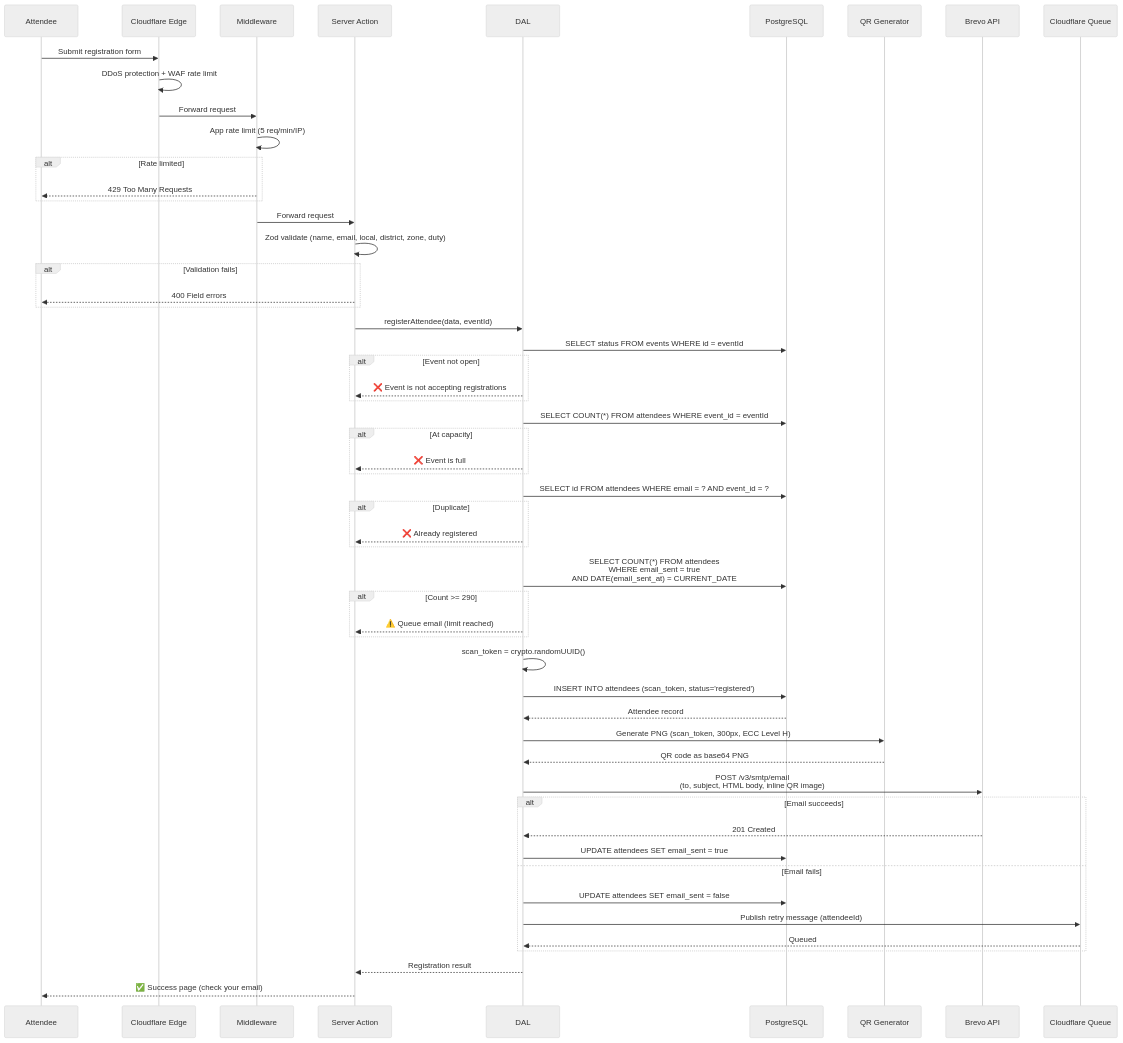
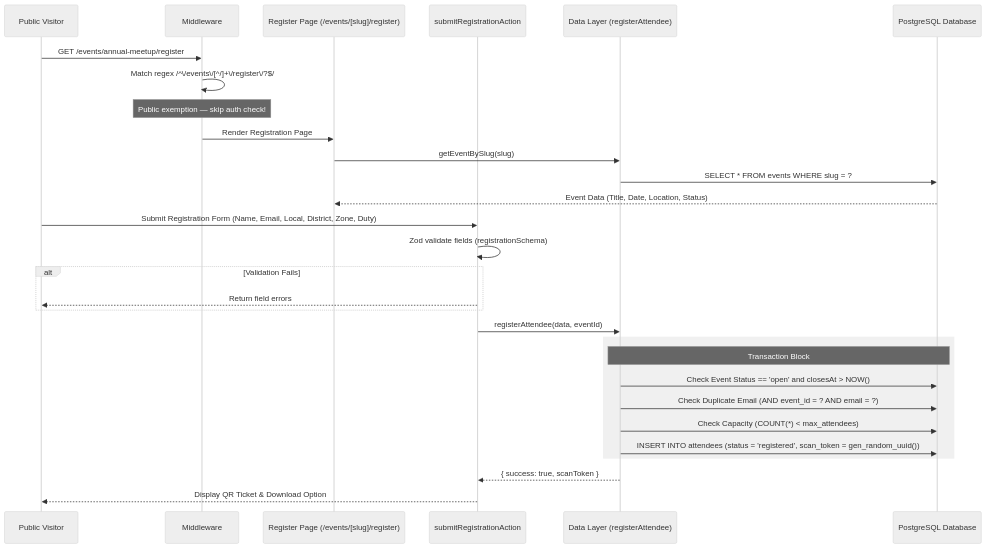
Before and after one commit to christian1202/FlowCheck: the first of 2 diagrams in docs/data-flows.md, drawn with Mermaid (neutral theme). The commit also changed other lines of this file and 15 other files, not shown here.

````diff
--- a/docs/data-flows.md
+++ b/docs/data-flows.md
@@ -98,68 +11,37 @@
 ```mermaid
 sequenceDiagram
-    participant Attendee
-    participant CF as Cloudflare Edge
+    participant PublicUser as Public Visitor
     participant MW as Middleware
-    participant SA as Server Action
-    participant DAL
-    participant DB as PostgreSQL
-    participant QR as QR Generator
-    participant Brevo as Brevo API
-    participant Queue as Cloudflare Queue
+    participant Page as Register Page (/events/[slug]/register)
+    participant Action as submitRegistrationAction
+    participant Data as Data Layer (registerAttendee)
+    participant DB as PostgreSQL Database
 
-    Attendee->>CF: Submit registration form
-    CF->>CF: DDoS protection + WAF rate limit
-    CF->>MW: Forward request
-    MW->>MW: App rate limit (5 req/min/IP)
-    alt Rate limited
-        MW-->>Attendee: 429 Too Many Requests
+    PublicUser->>MW: GET /events/annual-meetup/register
+    MW->>MW: Match regex /^\/events\/[^/]+\/register\/?$/
+    Note over MW: Public exemption — skip auth check!
+    MW->>Page: Render Registration Page
+    Page->>Data: getEventBySlug(slug)
+    Data->>DB: SELECT * FROM events WHERE slug = ?
+    DB-->>Page: Event Data (Title, Date, Location, Status)
+
+    PublicUser->>Action: Submit Registration Form (Name, Email, Local, District, Zone, Duty)
+    Action->>Action: Zod validate fields (registrationSchema)
+
+    alt Validation Fails
+        Action-->>PublicUser: Return field errors
     end
 
-    MW->>SA: Forward request
-    SA->>SA: Zod validate (name, email, local, district, zone, duty)
-    alt Validation fails
-        SA-->>Attendee: 400 Field errors
+    Action->>Data: registerAttendee(data, eventId)
+    
+    rect rgb(240, 240, 240)
+        Note over Data,DB: Transaction Block
+        Data->>DB: Check Event Status == 'open' and closesAt > NOW()
+        Data->>DB: Check Duplicate Email (AND event_id = ? AND email = ?)
+        Data->>DB: Check Capacity (COUNT(*) < max_attendees)
+        Data->>DB: INSERT INTO attendees (status = 'registered', scan_token = gen_random_uuid())
     end
 
-    SA->>DAL: registerAttendee(data, eventId)
-
-    DAL->>DB: SELECT status FROM events WHERE id = eventId
-    alt Event not open
-        DAL-->>SA: ❌ Event is not accepting registrations
-    end
-
-    DAL->>DB: SELECT COUNT(*) FROM attendees WHERE event_id = eventId
-    alt At capacity
-        DAL-->>SA: ❌ Event is full
-    end
-
-    DAL->>DB: SELECT id FROM attendees WHERE email = ? AND event_id = ?
-    alt Duplicate
-        DAL-->>SA: ❌ Already registered
-    end
-
-    DAL->>DB: SELECT COUNT(*) FROM attendees<br/>WHERE email_sent = true<br/>AND DATE(email_sent_at) = CURRENT_DATE
-    alt Count >= 290
-        DAL-->>SA: ⚠️ Queue email (limit reached)
-    end
-
-    DAL->>DAL: scan_token = crypto.randomUUID()
-    DAL->>DB: INSERT INTO attendees (scan_token, status='registered')
-    DB-->>DAL: Attendee record
-
-    DAL->>QR: Generate PNG (scan_token, 300px, ECC Level H)
-    QR-->>DAL: QR code as base64 PNG
-
-    DAL->>Brevo: POST /v3/smtp/email<br/>(to, subject, HTML body, inline QR image)
-    alt Email succeeds
-        Brevo-->>DAL: 201 Created
-        DAL->>DB: UPDATE attendees SET email_sent = true
-    else Email fails
-        DAL->>DB: UPDATE attendees SET email_sent = false
-        DAL->>Queue: Publish retry message (attendeeId)
-        Queue-->>DAL: Queued
-    end
-
-    DAL-->>SA: Registration result
-    SA-->>Attendee: ✅ Success page (check your email)
+    Data-->>Action: { success: true, scanToken }
+    Action-->>PublicUser: Display QR Ticket & Download Option
 ```
````
